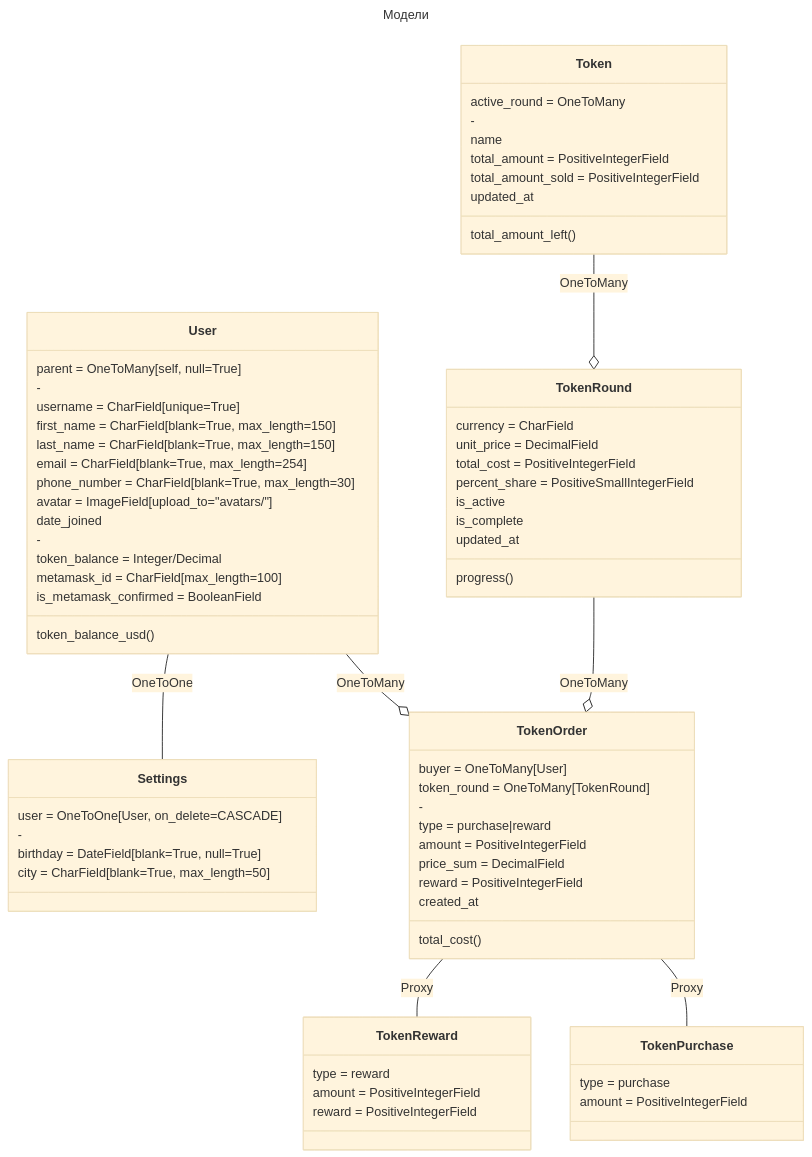
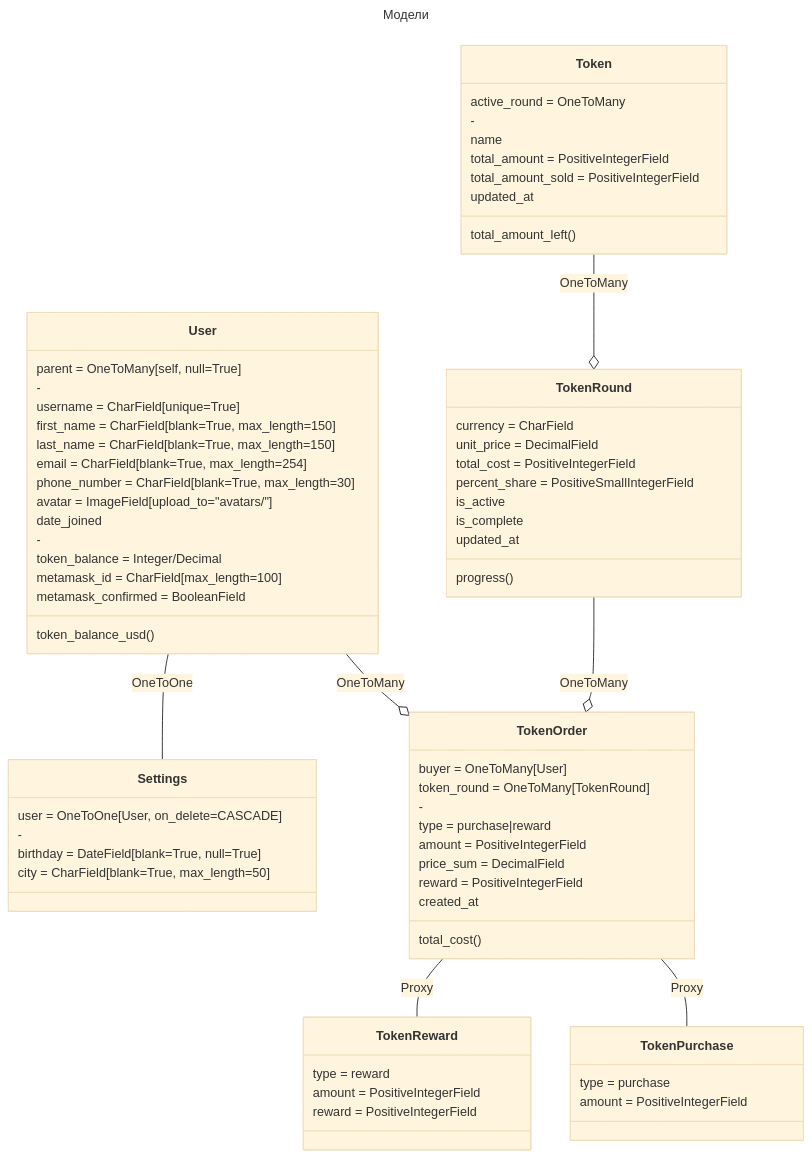
One commit to DmitryPi/market_django changed the first of 2 diagrams in README.md. Above: the diagram before and after it, drawn with Mermaid (base theme). The commit also changed 1 other file, not shown here.

Commit message:
Tests for UserTests;

````diff
--- a/README.md
+++ b/README.md
@@ -16,80 +16,80 @@
 ```mermaid
 ---
 title: Модели
 ---
 classDiagram
     User -- Settings : OneToOne
     Token --o TokenRound : OneToMany
     User --o TokenOrder : OneToMany
     TokenRound --o TokenOrder : OneToMany
     TokenOrder -- TokenReward : Proxy
     TokenOrder -- TokenPurchase : Proxy
 
     class User {
         parent = OneToMany[self, null=True]
         -
         username = CharField[unique=True]
         first_name = CharField[blank=True, max_length=150]
         last_name = CharField[blank=True, max_length=150]
         email = CharField[blank=True, max_length=254]
         phone_number = CharField[blank=True, max_length=30]
         avatar = ImageField[upload_to="avatars/"]
         date_joined
         -
         token_balance = Integer/Decimal
         metamask_id = CharField[max_length=100]
-        is_metamask_confirmed = BooleanField
+        metamask_confirmed = BooleanField
         token_balance_usd()
     }
 
     class Settings {
         user = OneToOne[User, on_delete=CASCADE]
         -
         birthday = DateField[blank=True, null=True]
         city = CharField[blank=True, max_length=50]
     }
 
     class Token {
         active_round = OneToMany
         -
         name
         total_amount = PositiveIntegerField
         total_amount_sold = PositiveIntegerField
         updated_at
         total_amount_left()
     }
 
     class TokenRound {
         currency = CharField
         unit_price = DecimalField
         total_cost = PositiveIntegerField
         percent_share = PositiveSmallIntegerField
         is_active
         is_complete
         updated_at
         progress()
     }
 
     class TokenOrder {
         buyer = OneToMany[User]
         token_round = OneToMany[TokenRound]
         -
         type = purchase|reward
         amount = PositiveIntegerField
         price_sum = DecimalField
         reward = PositiveIntegerField
         created_at
         total_cost()
     }
 
     class TokenPurchase {
         type = purchase
         amount = PositiveIntegerField
     }
 
     class TokenReward {
         type = reward
         amount = PositiveIntegerField
         reward = PositiveIntegerField
     }
 ```
````
